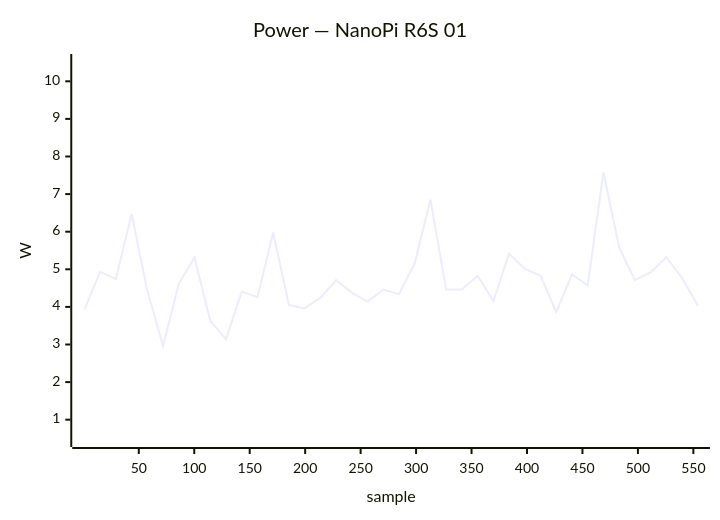
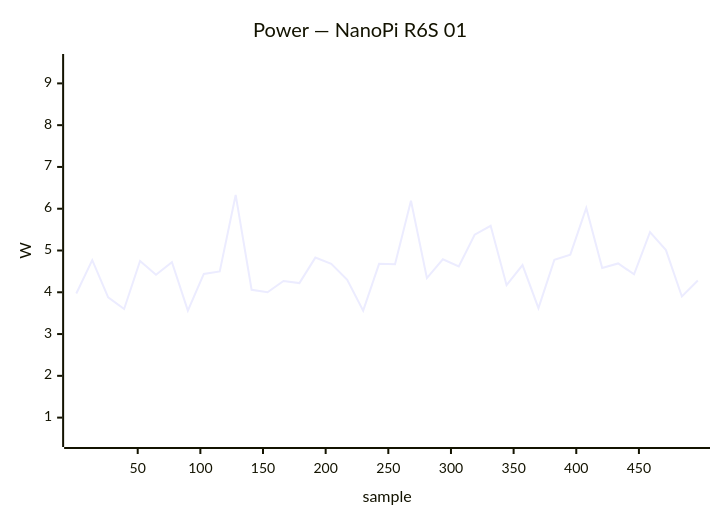
Before and after one commit to armbian/documentation: diagram 20 of 34 in docs/status/board-tests.md, drawn with Mermaid. The commit also changed other lines of this file, not shown here.

````diff
--- a/docs/status/board-tests.md
+++ b/docs/status/board-tests.md
@@ -1023,7 +1052,7 @@
 ```mermaid
 xychart-beta
     title "Power — NanoPi R6S 01"
-    x-axis "sample" 1 --> 554
-    y-axis "W" 0.5 --> 10.5
-    line [3.93, 4.93, 4.74, 6.47, 4.43, 2.96, 4.62, 5.31, 3.63, 3.14, 4.41, 4.26, 5.98, 4.05, 3.96, 4.24, 4.71, 4.38, 4.14, 4.46, 4.34, 5.16, 6.85, 4.46, 4.46, 4.83, 4.15, 5.42, 5.01, 4.83, 3.86, 4.87, 4.57, 7.58, 5.58, 4.71, 4.92, 5.32, 4.77, 4.04]
+    x-axis "sample" 1 --> 497
+    y-axis "W" 0.5 --> 9.5
+    line [3.97, 4.77, 3.88, 3.60, 4.75, 4.42, 4.72, 3.56, 4.44, 4.50, 6.33, 4.06, 4.00, 4.27, 4.22, 4.83, 4.68, 4.30, 3.56, 4.68, 4.67, 6.19, 4.34, 4.79, 4.62, 5.38, 5.59, 4.17, 4.65, 3.62, 4.78, 4.90, 6.02, 4.58, 4.69, 4.43, 5.44, 5.01, 3.90, 4.28]
 ```
````
